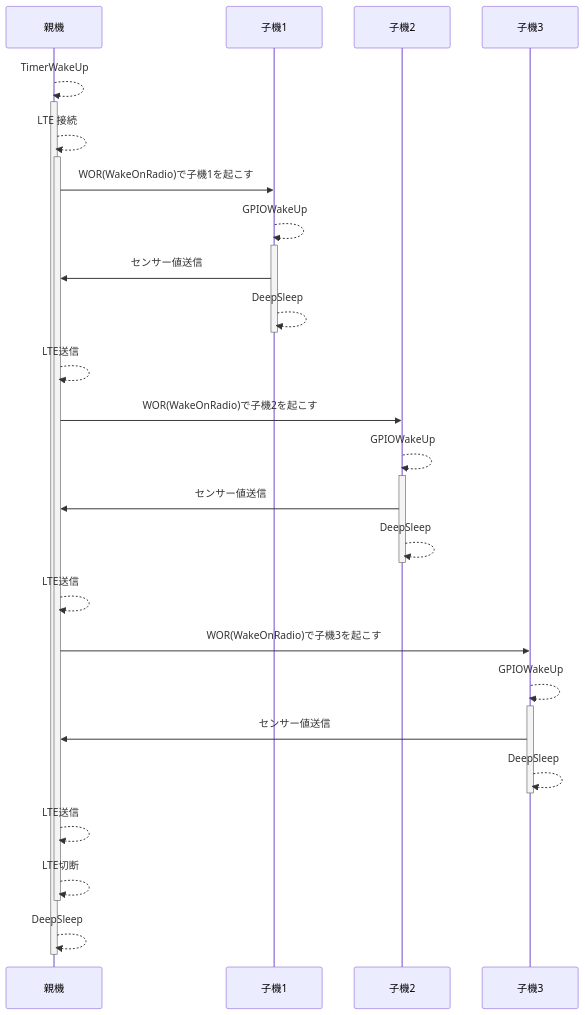
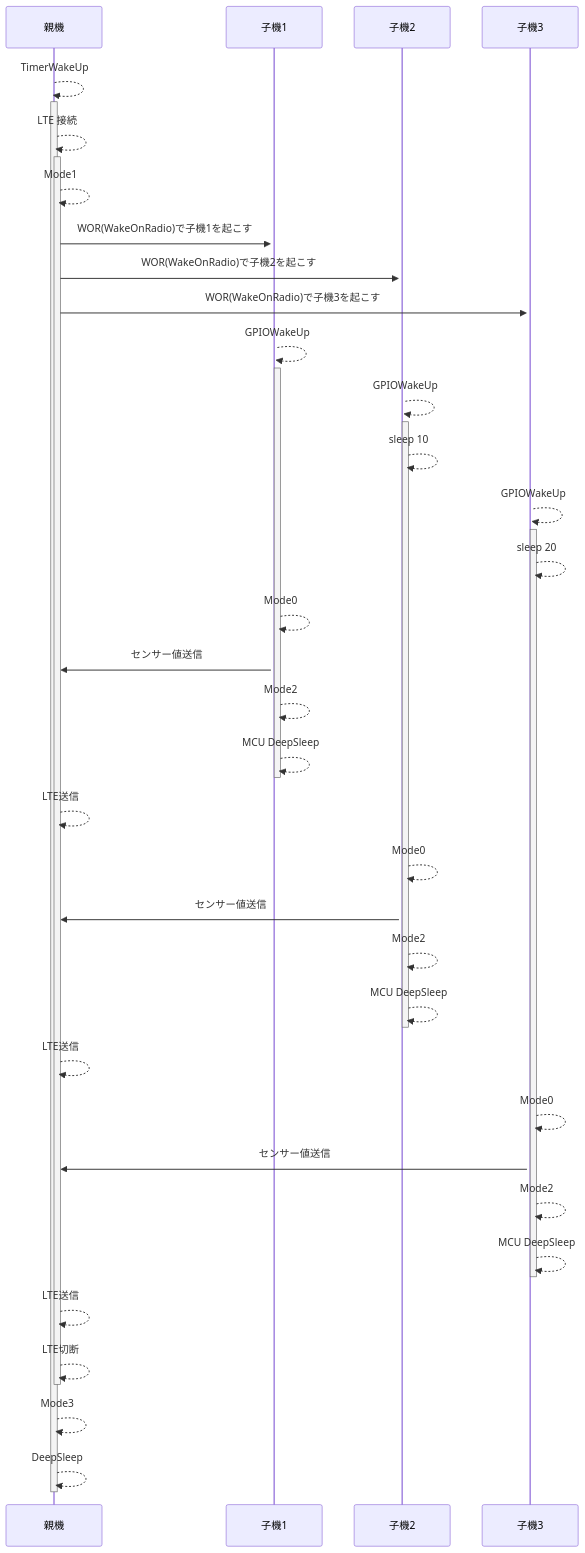
Before and after one commit to mnltake/IoTanbo: the third of 3 diagrams in lteGateway/sequence.md, drawn with Mermaid. The commit also changed other lines of this file, not shown here.

````diff
--- a/lteGateway/sequence.md
+++ b/lteGateway/sequence.md
@@ -61,25 +70,40 @@
 ```mermaid
 sequenceDiagram
     親機　-->>+ 親機 : TimerWakeUp
     親機　-->>+ 親機 : LTE 接続 
-    親機 ->> 子機1 : WOR(WakeOnRadio)で子機1を起こす
+    親機　-->> 親機 : Mode1
+    親機 ->>+ 子機1 : WOR(WakeOnRadio)で子機1を起こす
+    親機 ->>+ 子機2 : WOR(WakeOnRadio)で子機2を起こす
+    親機 ->>+ 子機3 : WOR(WakeOnRadio)で子機3を起こす
     子機1 -->>+ 子機1 : GPIOWakeUp
-    子機1 ->> 親機 : センサー値送信
-    子機1 -->>- 子機1 : DeepSleep
+    子機2 -->>+ 子機2 : GPIOWakeUp
+    子機2 -->> 子機2 : sleep 10
+    子機3 -->>+ 子機3 : GPIOWakeUp
+    子機3 -->> 子機3 : sleep 20
+
+    子機1 -->>子機1 : Mode0
+    子機1 ->> 親機 : センサー値送信 
+    子機1 -->>子機1 : Mode2
+    子機1 -->>- 子機1 : MCU DeepSleep 
     親機 -->> 親機 : LTE送信
-    親機 ->> 子機2 : WOR(WakeOnRadio)で子機2を起こす
-    子機2 -->>+ 子機2 : GPIOWakeUp
-    子機2 ->> 親機 : センサー値送信
-    子機2 -->>- 子機2 : DeepSleep
+    
+    子機2 -->> 子機2 : Mode0
+    
+    子機2 ->> 親機 : センサー値送信 
+    子機2 -->> 子機2 : Mode2
+    子機2 -->>- 子機2 : MCU DeepSleep 
     親機 -->> 親機 : LTE送信
-    親機 ->> 子機3 : WOR(WakeOnRadio)で子機3を起こす
-    子機3 -->>+ 子機3 : GPIOWakeUp
-    子機3 ->> 親機 : センサー値送信
-    子機3 -->>- 子機3 : DeepSleep
+
+    子機3 -->> 子機3 : Mode0
+
+    子機3 ->> 親機 : センサー値送信 
+    子機3 -->> 子機3 : Mode2
+    子機3 -->>- 子機3 : MCU DeepSleep 
     親機 -->> 親機 : LTE送信
     親機　-->>- 親機　: LTE切断
+    親機　-->> 親機　:Mode3
     親機　-->>- 親機　: DeepSleep
 
 
 
 ```
````
